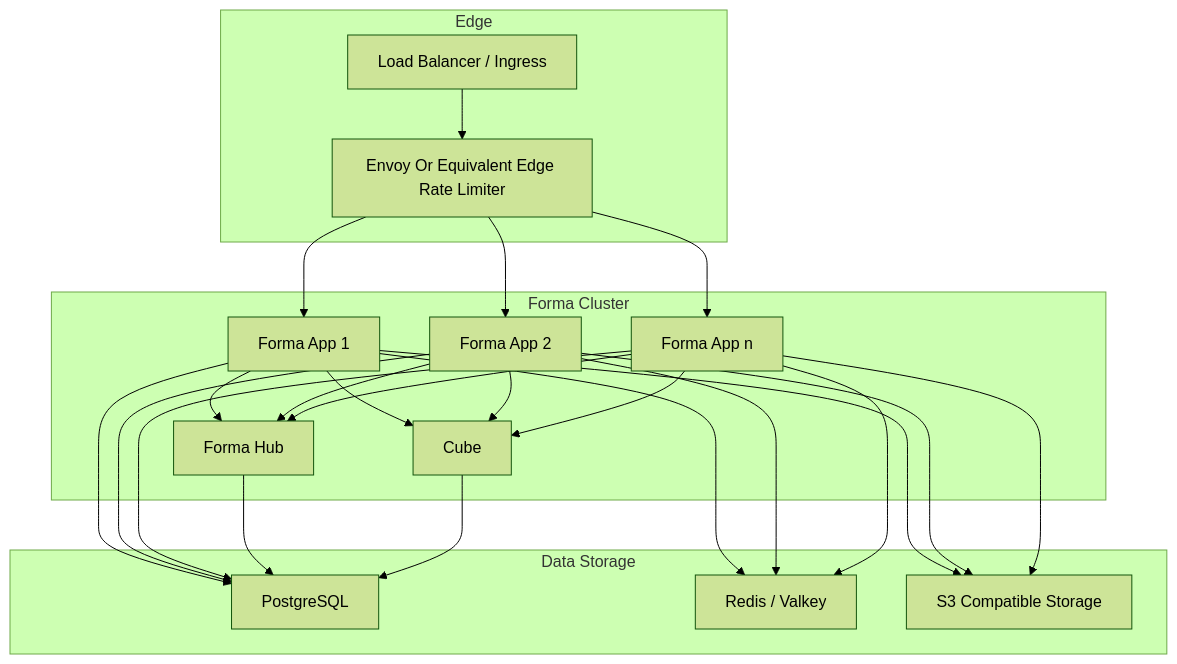
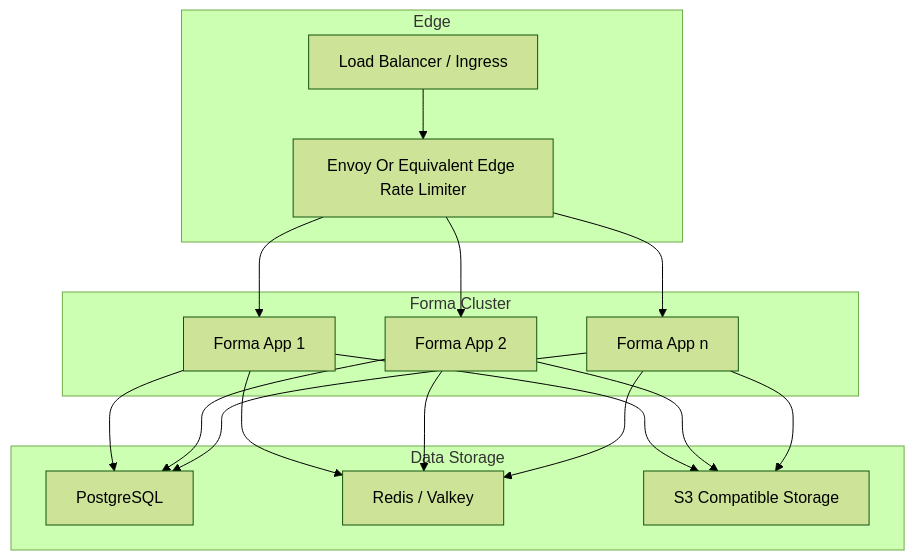
Before and after one commit to yldm-tech/forma: the diagram in docs/self-hosting/setup/cluster-setup.mdx, drawn with Mermaid (forest theme). The commit also changed other lines of this file and 20 other files, not shown here.

````diff
--- a/docs/self-hosting/setup/cluster-setup.mdx
+++ b/docs/self-hosting/setup/cluster-setup.mdx
@@ -30,48 +28,36 @@
 ```mermaid
 graph TD
     subgraph Edge
         LB["Load Balancer / Ingress"]
         RL["Envoy Or Equivalent Edge Rate Limiter"]
     end
 
     subgraph Forma Cluster
         FB1["Forma App 1"]
         FB2["Forma App 2"]
         FB3["Forma App n"]
-        HUB["Forma Hub"]
-        CUBE["Cube"]
     end
 
     subgraph Data Storage
         PSQL["PostgreSQL"]
         REDIS["Redis / Valkey"]
         S3["S3 Compatible Storage"]
     end
 
     LB --> RL
     RL --> FB1
     RL --> FB2
     RL --> FB3
 
     FB1 --> PSQL
     FB2 --> PSQL
     FB3 --> PSQL
-    HUB --> PSQL
 
     FB1 --> REDIS
     FB2 --> REDIS
     FB3 --> REDIS
 
-    FB1 --> HUB
-    FB2 --> HUB
-    FB3 --> HUB
-
-    FB1 --> CUBE
-    FB2 --> CUBE
-    FB3 --> CUBE
-    CUBE --> PSQL
-
     FB1 --> S3
     FB2 --> S3
     FB3 --> S3
 ```
````
